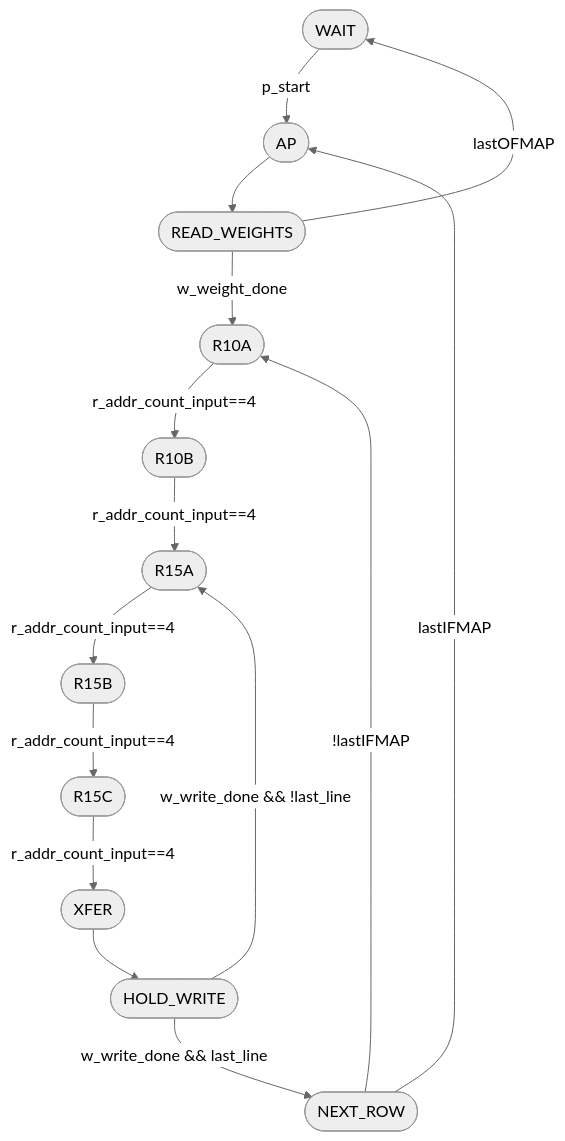
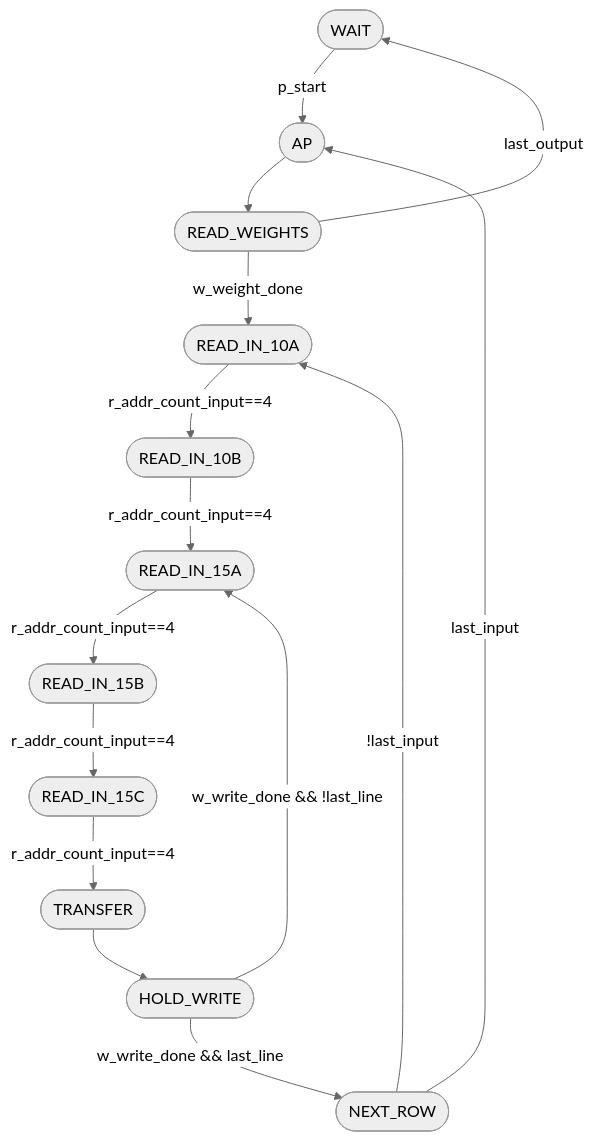
One commit to tarsioonofrio/FastConv_SystemVerilog changed the first of 3 diagrams in rtl/control/README.md. Above: the diagram before and after it, drawn with Mermaid (neutral theme). The commit also changed other lines of this file and 7 other files, not shown here.

````diff
--- a/rtl/control/README.md
+++ b/rtl/control/README.md
@@ -56,16 +56,16 @@
 ```mermaid
 flowchart TB
     W(["WAIT"]) -->|"p_start"| AP(["AP"]) --> RW(["READ_WEIGHTS"])
-    RW -->|"w_weight_done"| R10A(["R10A"])
-    RW -->|"lastOFMAP"| W
-    R10A -->|"r_addr_count_input==4"| R10B(["R10B"])
-    R10B -->|"r_addr_count_input==4"| R15A(["R15A"])
-    R15A -->|"r_addr_count_input==4"| R15B(["R15B"])
-    R15B -->|"r_addr_count_input==4"| R15C(["R15C"])
-    R15C -->|"r_addr_count_input==4"| X(["XFER"])
+    RW -->|"w_weight_done"| READ_IN_10A(["READ_IN_10A"])
+    RW -->|"last_output"| W
+    READ_IN_10A -->|"r_addr_count_input==4"| READ_IN_10B(["READ_IN_10B"])
+    READ_IN_10B -->|"r_addr_count_input==4"| READ_IN_15A(["READ_IN_15A"])
+    READ_IN_15A -->|"r_addr_count_input==4"| READ_IN_15B(["READ_IN_15B"])
+    READ_IN_15B -->|"r_addr_count_input==4"| READ_IN_15C(["READ_IN_15C"])
+    READ_IN_15C -->|"r_addr_count_input==4"| X(["TRANSFER"])
     X --> HW(["HOLD_WRITE"])
-    HW -->|"w_write_done && !last_line"| R15A
+    HW -->|"w_write_done && !last_line"| READ_IN_15A
     HW -->|"w_write_done && last_line"| NR(["NEXT_ROW"])
-    NR -->|"lastIFMAP"| AP
-    NR -->|"!lastIFMAP"| R10A
+    NR -->|"last_input"| AP
+    NR -->|"!last_input"| READ_IN_10A
 ```
````
